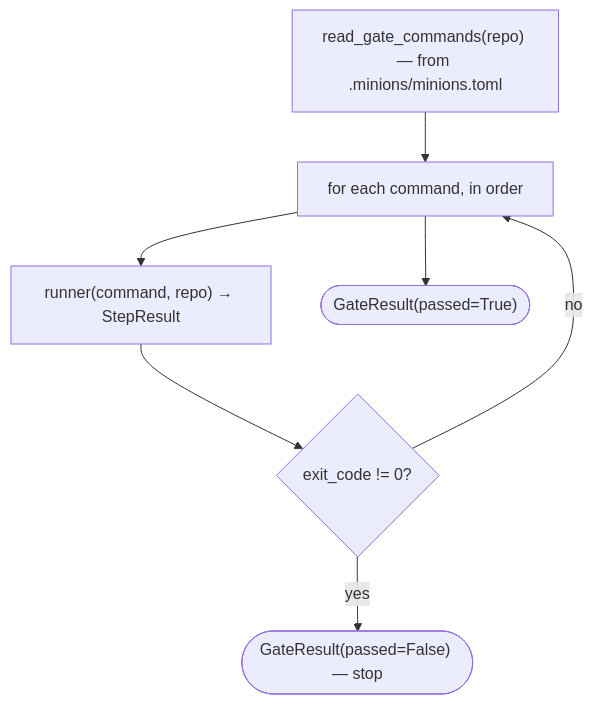
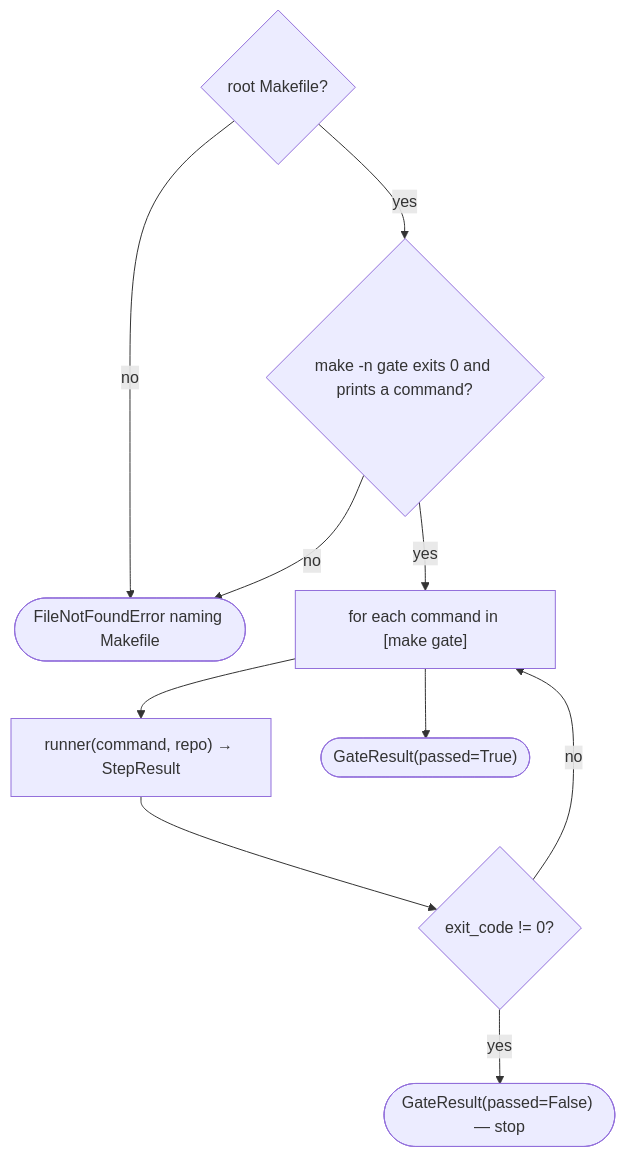
The diagram in docs/modules/gate.md (alxb1t/minionsfactory), drawn with Mermaid before and after one commit. The commit also changed other lines of this file and 5 other files, not shown here.

First line of the commit message:
feat(0015-runner-make-gate): phase 1 — the runner runs make gate

````diff
--- a/docs/modules/gate.md
+++ b/docs/modules/gate.md
@@ -29,9 +31,12 @@
 ```mermaid
 flowchart TD
-    rg["read_gate_commands(repo) — from .minions/minions.toml"] --> loop["for each command, in order"]
+    mk{"root Makefile?"} -- no --> err(["FileNotFoundError naming Makefile"])
+    mk -- yes --> dry{"make -n gate exits 0 and prints a command?"}
+    dry -- no --> err
+    dry -- yes --> loop["for each command in [make gate]"]
     loop --> run["runner(command, repo) → StepResult"]
     run --> red{"exit_code != 0?"}
     red -- yes --> fail(["GateResult(passed=False) — stop"])
     red -- no --> loop
     loop --> pass(["GateResult(passed=True)"])
 ```
````
